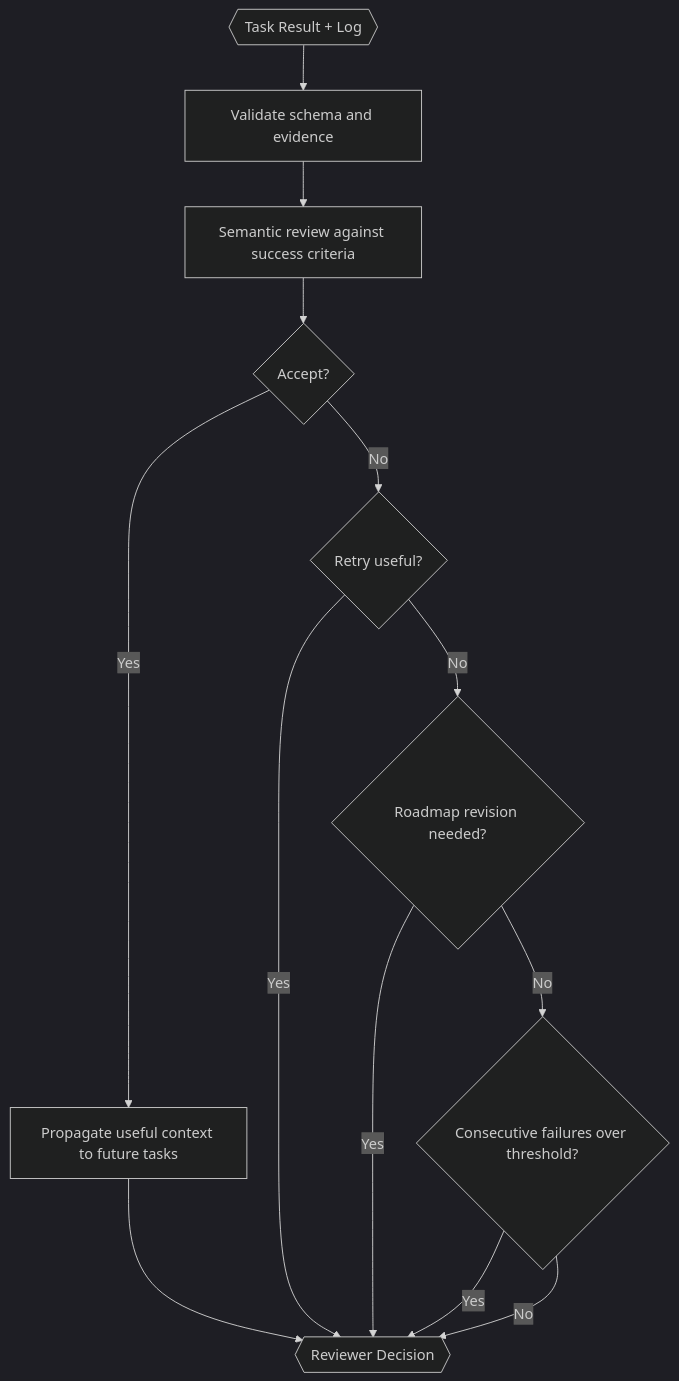
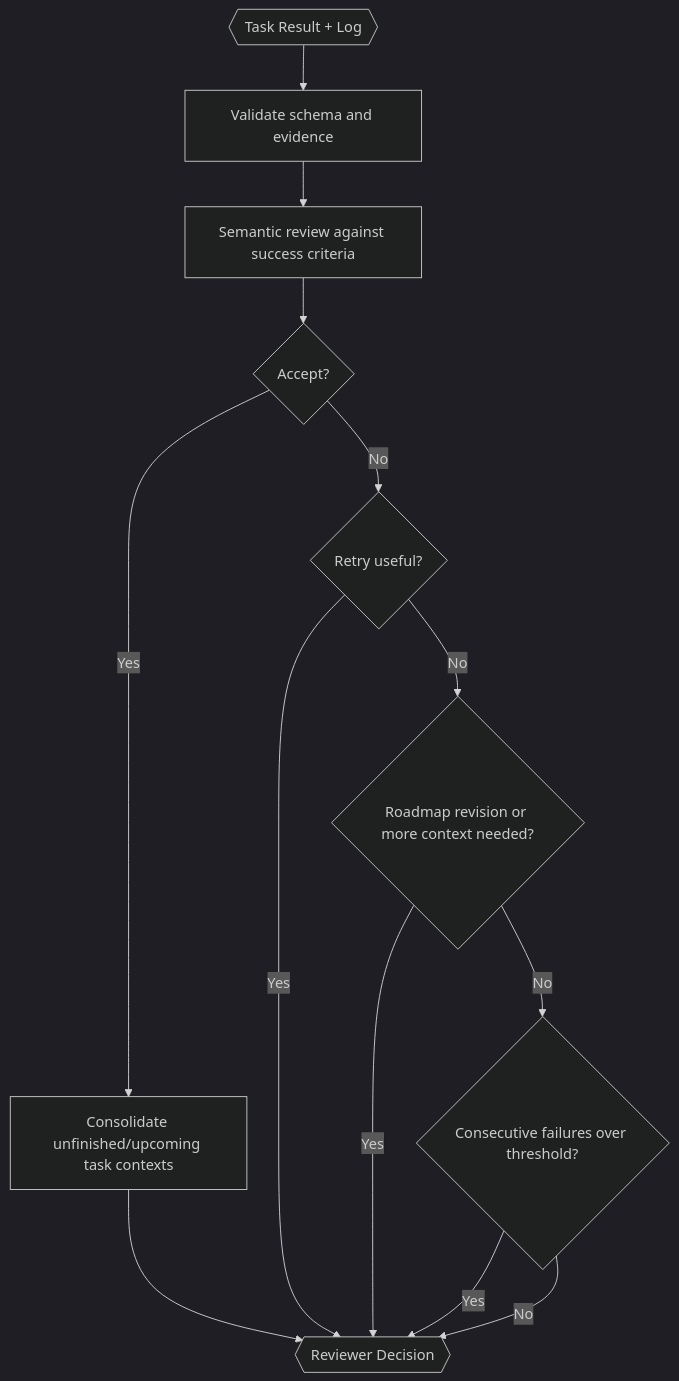
One commit to VJyzCELERY/TINYCUA changed the diagram in src/tinycua/docs/architecture/task-reviewer.md. Above: the diagram before and after it, drawn with Mermaid (dark theme). The commit also changed other lines of this file and 14 other files, not shown here.

Commit message:
docs(architecture): add session architecture model

````diff
--- a/src/tinycua/docs/architecture/task-reviewer.md
+++ b/src/tinycua/docs/architecture/task-reviewer.md
@@ -66,25 +66,25 @@
 ```mermaid
 flowchart TD
     INPUT{{"Task Result + Log"}}
     CHECK["Validate schema and evidence"]
     REVIEW["Semantic review against success criteria"]
     ACCEPT{"Accept?"}
-    PROP["Propagate useful context to future tasks"]
+    PROP["Consolidate unfinished/upcoming task contexts"]
     RETRY{"Retry useful?"}
-    REPLAN{"Roadmap revision needed?"}
+    REPLAN{"Roadmap revision or more context needed?"}
     FAILS{"Consecutive failures over threshold?"}
     OUT{{"Reviewer Decision"}}
 
     INPUT --> CHECK
     CHECK --> REVIEW
     REVIEW --> ACCEPT
     ACCEPT -->|Yes| PROP
     PROP --> OUT
     ACCEPT -->|No| RETRY
     RETRY -->|Yes| OUT
     RETRY -->|No| REPLAN
     REPLAN -->|Yes| OUT
     REPLAN -->|No| FAILS
     FAILS -->|Yes| OUT
     FAILS -->|No| OUT
 ```
````
